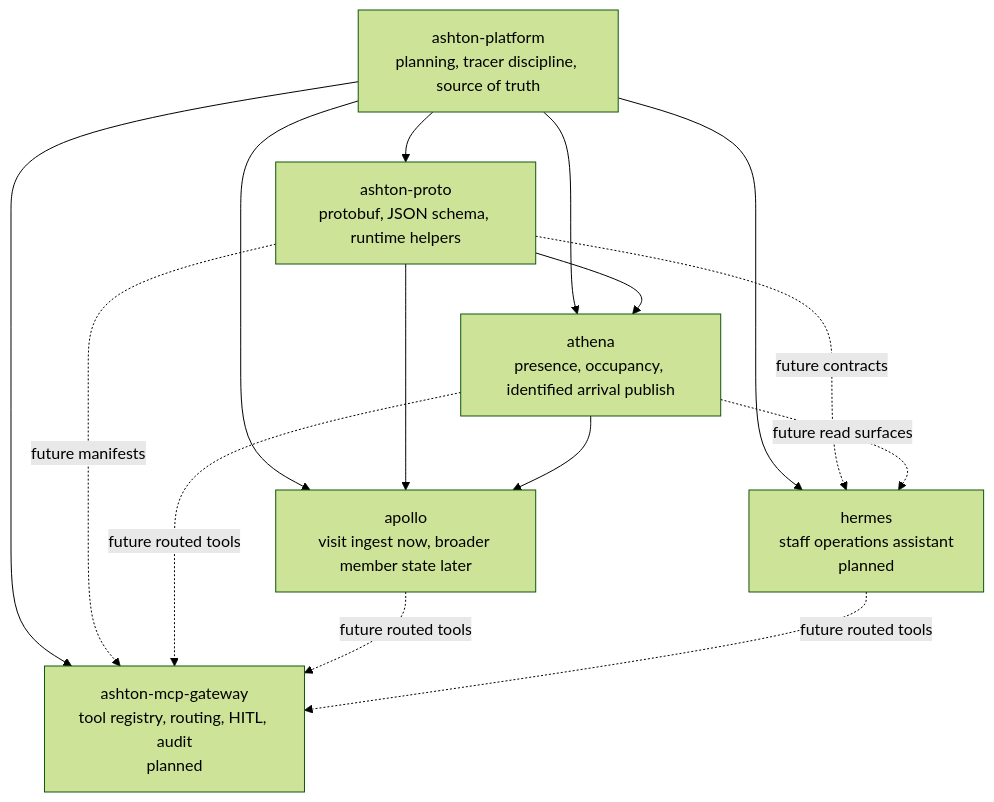
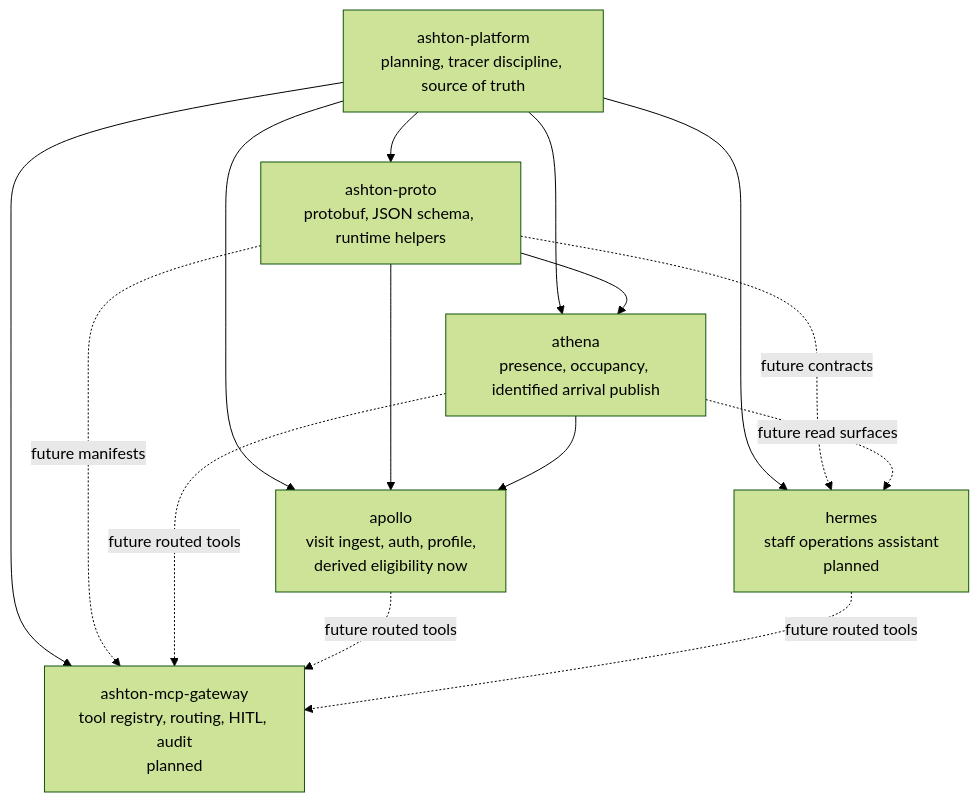
The first of 2 diagrams in README.md (ixxet/ashton-platform), drawn with Mermaid (forest theme) before and after one commit. The commit also changed other lines of this file, not shown here.

````diff
--- a/README.md
+++ b/README.md
@@ -28,26 +28,26 @@
 ```mermaid
 flowchart TD
   platform["ashton-platform<br/>planning, tracer discipline, source of truth"]
   proto["ashton-proto<br/>protobuf, JSON schema, runtime helpers"]
   athena["athena<br/>presence, occupancy, identified arrival publish"]
-  apollo["apollo<br/>visit ingest now, broader member state later"]
+  apollo["apollo<br/>visit ingest, auth, profile,<br/>derived eligibility now"]
   hermes["hermes<br/>staff operations assistant<br/>planned"]
   gateway["ashton-mcp-gateway<br/>tool registry, routing, HITL, audit<br/>planned"]
 
   platform --> proto
   platform --> athena
   platform --> apollo
   platform --> hermes
   platform --> gateway
 
   proto --> athena
   proto --> apollo
   proto -. future contracts .-> hermes
   proto -. future manifests .-> gateway
 
   athena --> apollo
   athena -. future read surfaces .-> hermes
   athena -. future routed tools .-> gateway
   apollo -. future routed tools .-> gateway
   hermes -. future routed tools .-> gateway
 ```
````
